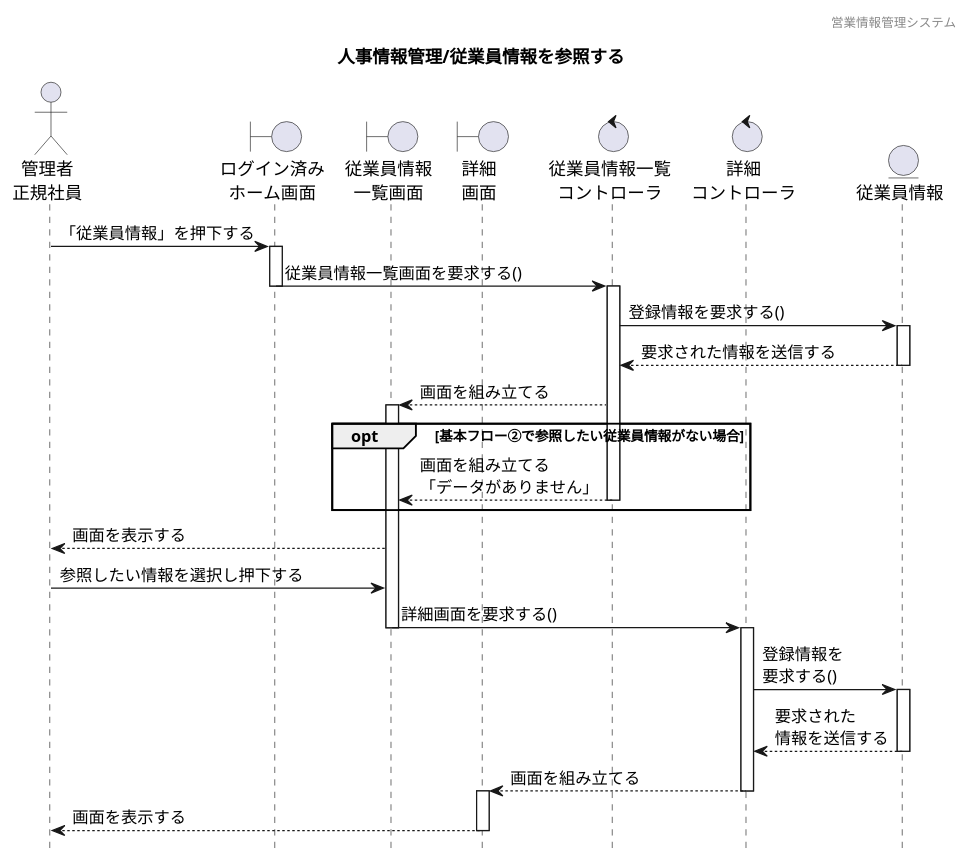
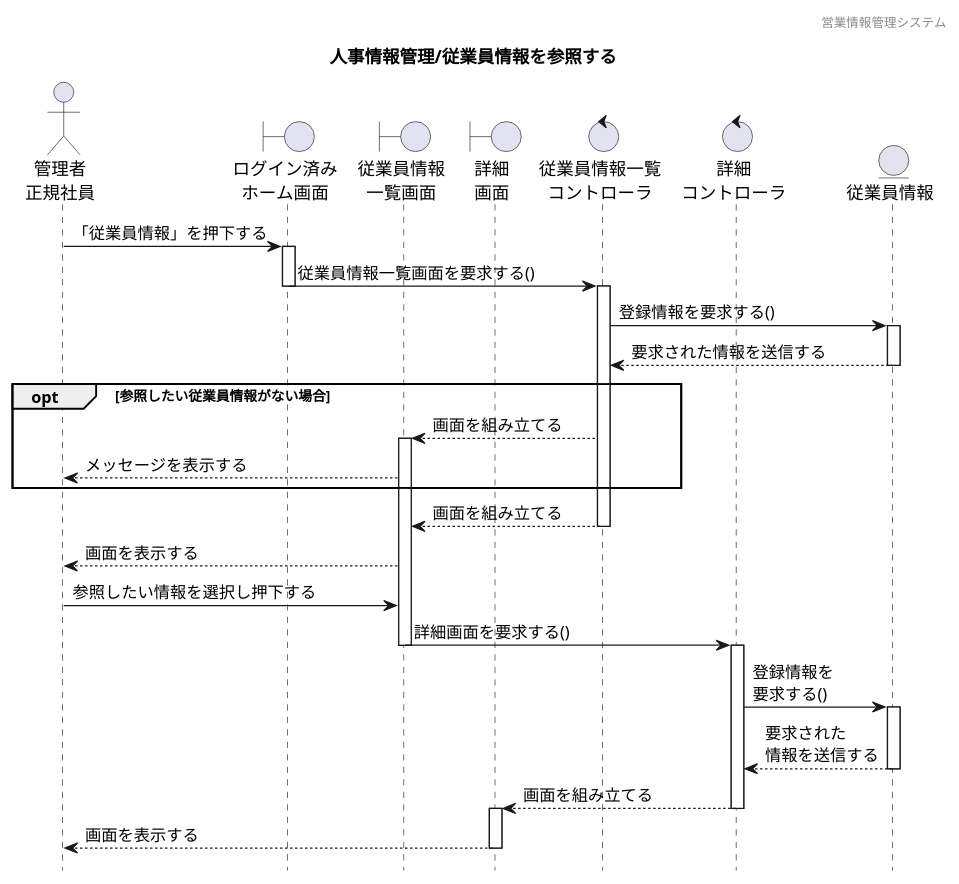
The diagram in 各種設計書/4シーケンス図/マスタ管理/1.従業員情報マスタ/従業員情報管理_参照.plantuml (HaruShim/Sotuken), drawn with PlantUML before and after one commit. The commit also changed 3 other files, not shown here.

```diff
--- a/各種設計書/4シーケンス図/マスタ管理/1.従業員情報マスタ/従業員情報管理_参照.plantuml
+++ b/各種設計書/4シーケンス図/マスタ管理/1.従業員情報マスタ/従業員情報管理_参照.plantuml
@@ -1,66 +1,63 @@
 @startuml ../../images/従業員情報マスタ/従業員情報管理_参照
 
 ' 下アイコン除去
 hide footbox
 ' ヘッダー
 header 営業情報管理システム
 ' タイトル
 title 人事情報管理/従業員情報を参照する
 
 
 ' actor "" as 
 actor "管理者\n正規社員" as a1
 
 ' boundary "" as 
 boundary "ログイン済み\nホーム画面" as b1
 boundary "従業員情報\n一覧画面" as b2
 boundary "詳細\n画面" as b3
 
 ' control "" as 
 control "従業員情報一覧\nコントローラ" as c1
 control "詳細\nコントローラ" as c2
 
 ' entity "" as
 entity "従業員情報" as e1
 
 
 ' ログイン済みホーム画面から一覧表示までのシーケンス
 a1 -> b1 : 「従業員情報」を押下する
 activate b1
 b1 -> c1 : 従業員情報一覧画面を要求する()
 deactivate b1
 activate c1
 c1 -> e1 : 登録情報を要求する()
 activate e1
 c1 <-- e1 : 要求された情報を送信する
 deactivate e1
+
+' 代替フロー
+opt 参照したい従業員情報がない場合
 b2 <-- c1 : 画面を組み立てる
 activate b2
-
-' 代替フロー
-opt 基本フロー②で参照したい従業員情報がない場合
-b2 <-- c1 : 画面を組み立てる\n「データがありません」
-deactivate c1
+a1 <-- b2 : メッセージを表示する
 end
 
-activate b2
+b2 <-- c1 : 画面を組み立てる
+deactivate c1
+
 a1 <-- b2 : 画面を表示する
 a1 -> b2 : 参照したい情報を選択し押下する
 b2 -> c2 : 詳細画面を要求する()
 deactivate b2
 activate c2
-
-
 c2 -> e1 : 登録情報を\n要求する()
 activate e1
 c2 <-- e1 : 要求された\n情報を送信する
 deactivate e1
 b3 <-- c2 : 画面を組み立てる
 deactivate c2
 activate b3
 a1 <-- b3 : 画面を表示する
 deactivate b3
 
-
-
 @enduml
```
